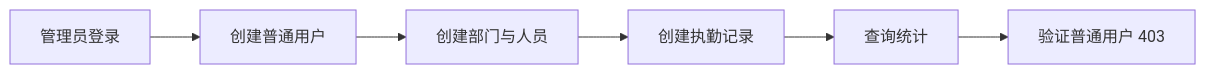
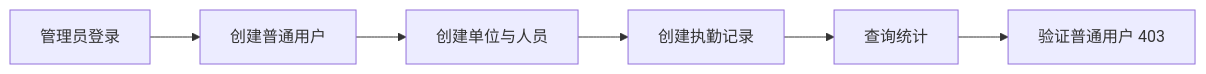
One commit to PrinZzzzjn/software-engineering-textbook changed the first of 2 diagrams in 软件工程实践-2.0/13-后端开发综合实践.md. Above: the diagram before and after it, drawn with Mermaid. The commit also changed other lines of this file and 78 other files, not shown here.

````diff
--- a/软件工程实践-2.0/13-后端开发综合实践.md
+++ b/软件工程实践-2.0/13-后端开发综合实践.md
@@ -155,8 +153,8 @@
 ```mermaid
 flowchart LR
     A[管理员登录] --> B[创建普通用户]
-    B --> C[创建部门与人员]
+    B --> C[创建单位与人员]
     C --> D[创建执勤记录]
     D --> E[查询统计]
     E --> F[验证普通用户 403]
 ```
````
